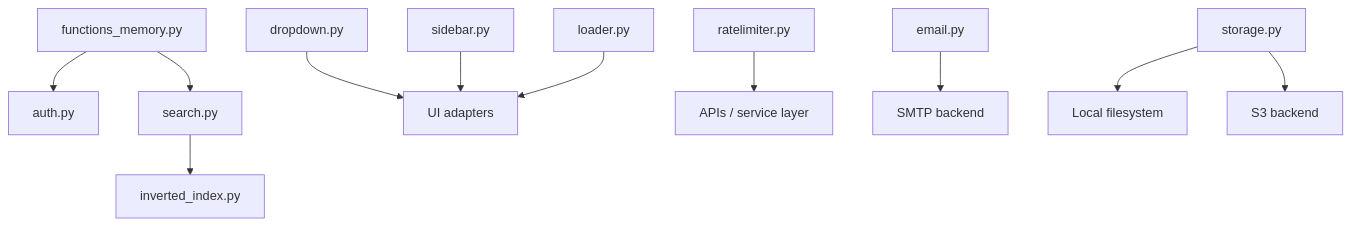
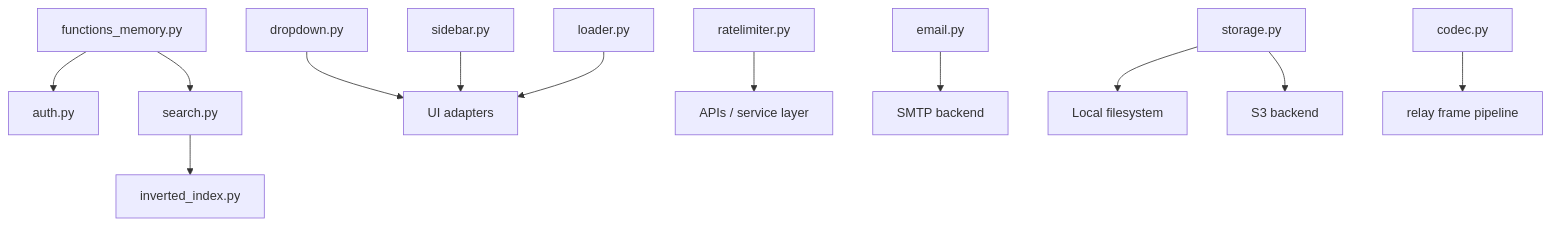
The first of 3 diagrams in src/functions/README.md (The-Outsider-97/SLAI), drawn with Mermaid before and after one commit. The commit also changed other lines of this file, not shown here.

````diff
--- a/src/functions/README.md
+++ b/src/functions/README.md
@@ -80,13 +88,14 @@
 ```mermaid
 graph TD
     FM[functions_memory.py] --> AUTH[auth.py]
     FM --> SEARCH[search.py]
     SEARCH --> IDX[inverted_index.py]
     DD[dropdown.py] --> UI[UI adapters]
     SB[sidebar.py] --> UI
     LD[loader.py] --> UI
     RL[ratelimiter.py] --> API[APIs / service layer]
     EM[email.py] --> SMTP[SMTP backend]
     ST[storage.py] --> FS[Local filesystem]
     ST --> S3[S3 backend]
+    CODEC[codec.py] --> TRANSPORT[relay frame pipeline]
 ```
````
